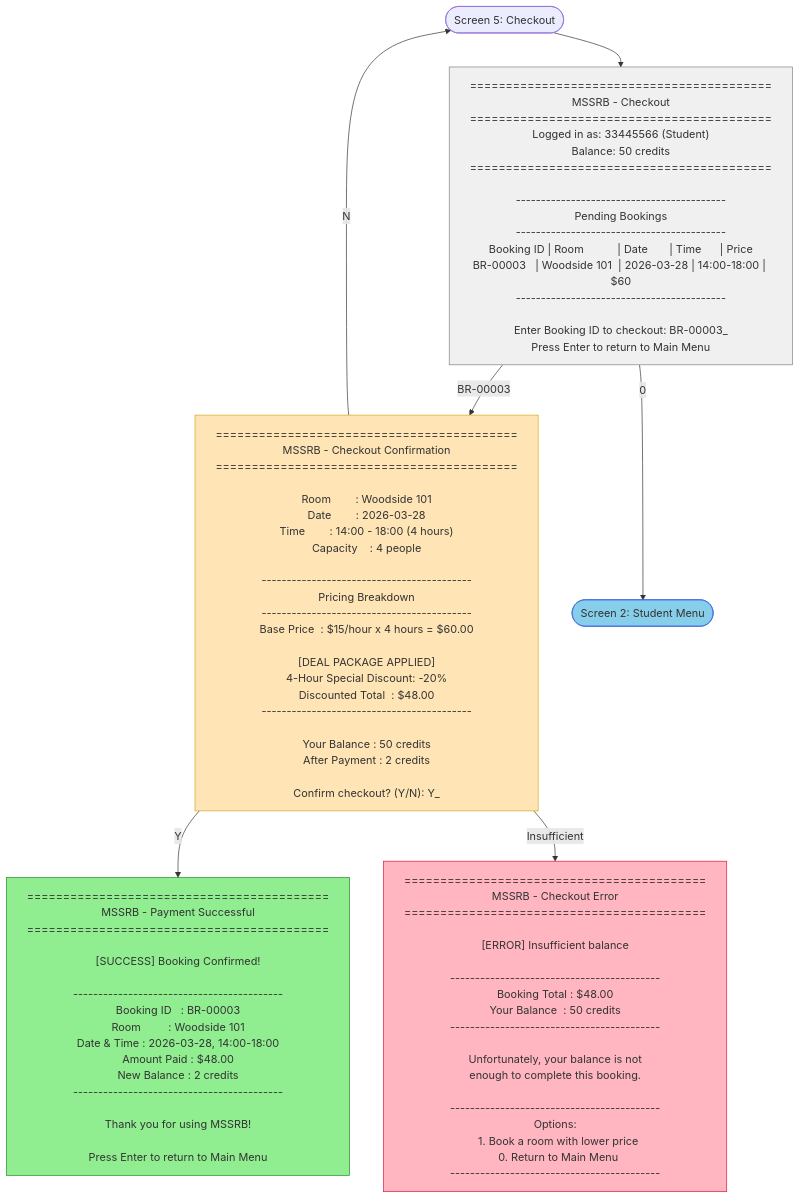
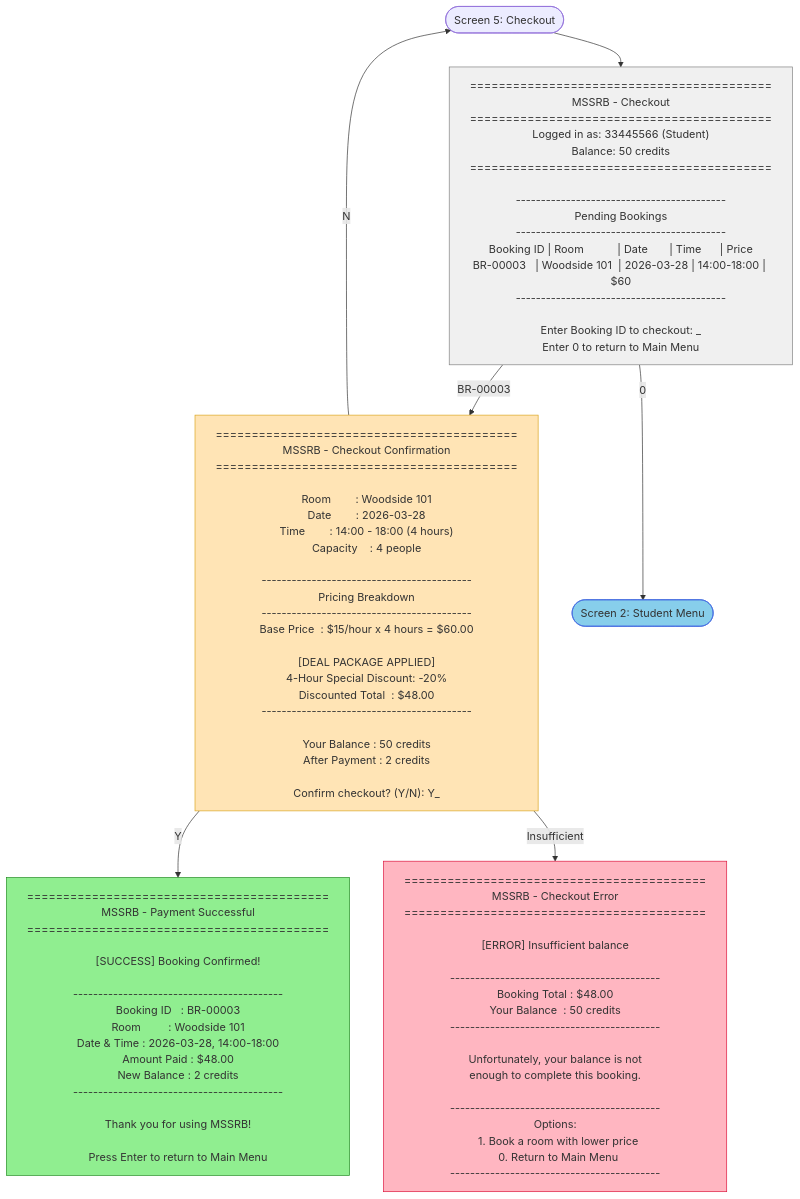
The diagram in mermaid/member_a/05_checkout.flowchart.mmd (alii0110-monash/fit5136-study-room-booking), drawn with Mermaid before and after one commit. The commit also changed 2 other files, not shown here.

Commit message:
Fix navigation consistency: use "Enter 0" for screens with multiple input options
- 05_checkout: Changed from "Press Enter" to "Enter 0 to return" since user can select booking ID
- 04_booking_flow: Changed from "Press Enter" to "Enter 0 to return" since user can select room ID
- 08_delete_room: Changed from "Press Enter" to "Enter 0 to return" since user can select room ID

This aligns with the convention: "Enter 0" when multiple options exist, "Press Enter" when only returning to menu.

```diff
--- a/mermaid/member_a/05_checkout.flowchart.mmd
+++ b/mermaid/member_a/05_checkout.flowchart.mmd
@@ -1,106 +1,106 @@
 flowchart TB
     CHECKOUT(["Screen 5: Checkout"])
 
     C1["
 ==========================================
 MSSRB - Checkout
 ==========================================
 Logged in as: 33445566 (Student)
 Balance: 50 credits
 ==========================================
 
 ------------------------------------------
 Pending Bookings
 ------------------------------------------
 Booking ID | Room           | Date       | Time      | Price
 BR-00003   | Woodside 101  | 2026-03-28 | 14:00-18:00 | $60
 ------------------------------------------
 
-Enter Booking ID to checkout: BR-00003_
-Press Enter to return to Main Menu
+Enter Booking ID to checkout: _
+Enter 0 to return to Main Menu
     "]
 
     C2["
 ==========================================
 MSSRB - Checkout Confirmation
 ==========================================
 
 Room        : Woodside 101
 Date        : 2026-03-28
 Time        : 14:00 - 18:00 (4 hours)
 Capacity    : 4 people
 
 ------------------------------------------
 Pricing Breakdown
 ------------------------------------------
 Base Price  : $15/hour x 4 hours = $60.00
 
 [DEAL PACKAGE APPLIED]
 4-Hour Special Discount: -20%
 Discounted Total  : $48.00
 ------------------------------------------
 
 Your Balance : 50 credits
 After Payment : 2 credits
 
 Confirm checkout? (Y/N): Y_
     "]
 
     C3["
 ==========================================
 MSSRB - Payment Successful
 ==========================================
 
 [SUCCESS] Booking Confirmed!
 
 ------------------------------------------
 Booking ID   : BR-00003
 Room         : Woodside 101
 Date & Time : 2026-03-28, 14:00-18:00
 Amount Paid : $48.00
 New Balance : 2 credits
 ------------------------------------------
 
 Thank you for using MSSRB!
 
 Press Enter to return to Main Menu
     "]
 
     C4["
 ==========================================
 MSSRB - Checkout Error
 ==========================================
 
 [ERROR] Insufficient balance
 
 ------------------------------------------
 Booking Total : $48.00
 Your Balance  : 50 credits
 ------------------------------------------
 
 Unfortunately, your balance is not
 enough to complete this booking.
 
 ------------------------------------------
 Options:
   1. Book a room with lower price
   0. Return to Main Menu
 ------------------------------------------
 
 
     "]
 
     STUDENT_MENU(["Screen 2: Student Menu"])
 
     CHECKOUT --> C1
     C1 -->|"BR-00003"| C2
     C1 -->|"0"| STUDENT_MENU
     C2 -->|"Y"| C3
     C2 -->|"N"| CHECKOUT
     C2 -->|"Insufficient"| C4
 
     style C1 fill:#F0F0F0,stroke:#808080
     style C2 fill:#FFE4B5,stroke:#DAA520
     style C3 fill:#90EE90,stroke:#228B22
     style C4 fill:#FFB6C1,stroke:#DC143C
     style STUDENT_MENU fill:#87CEEB,stroke:#4169E1
```
